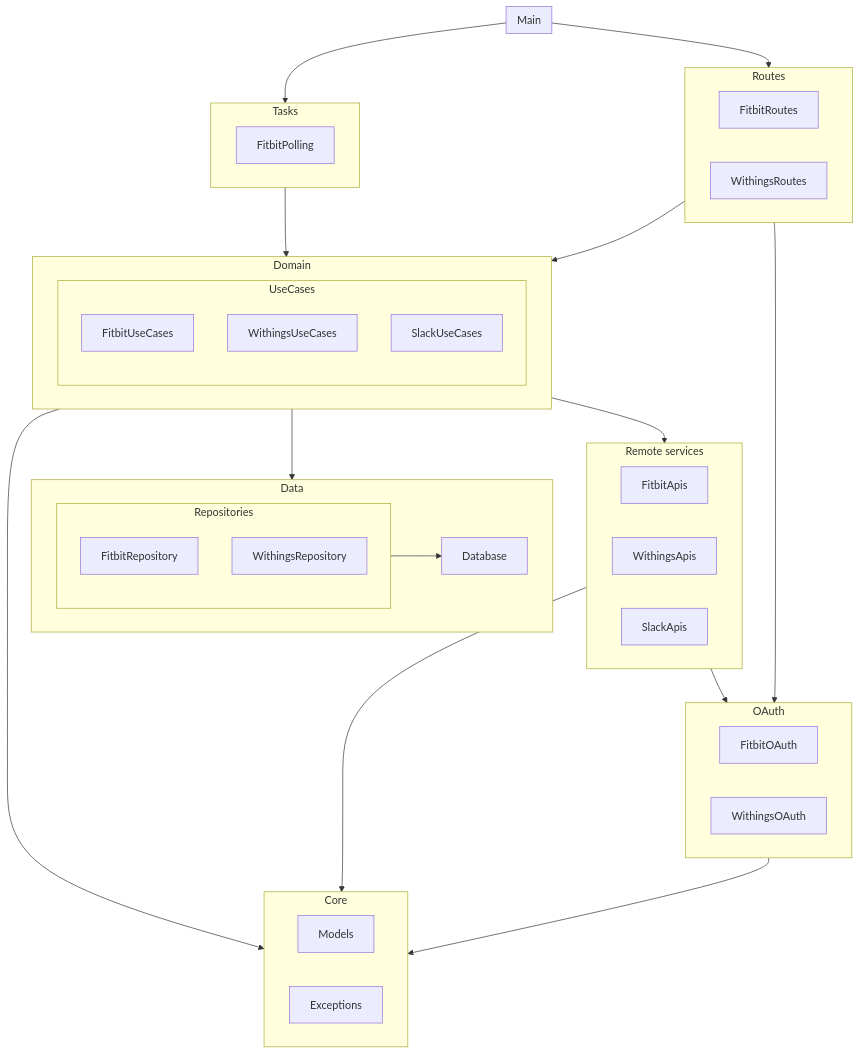
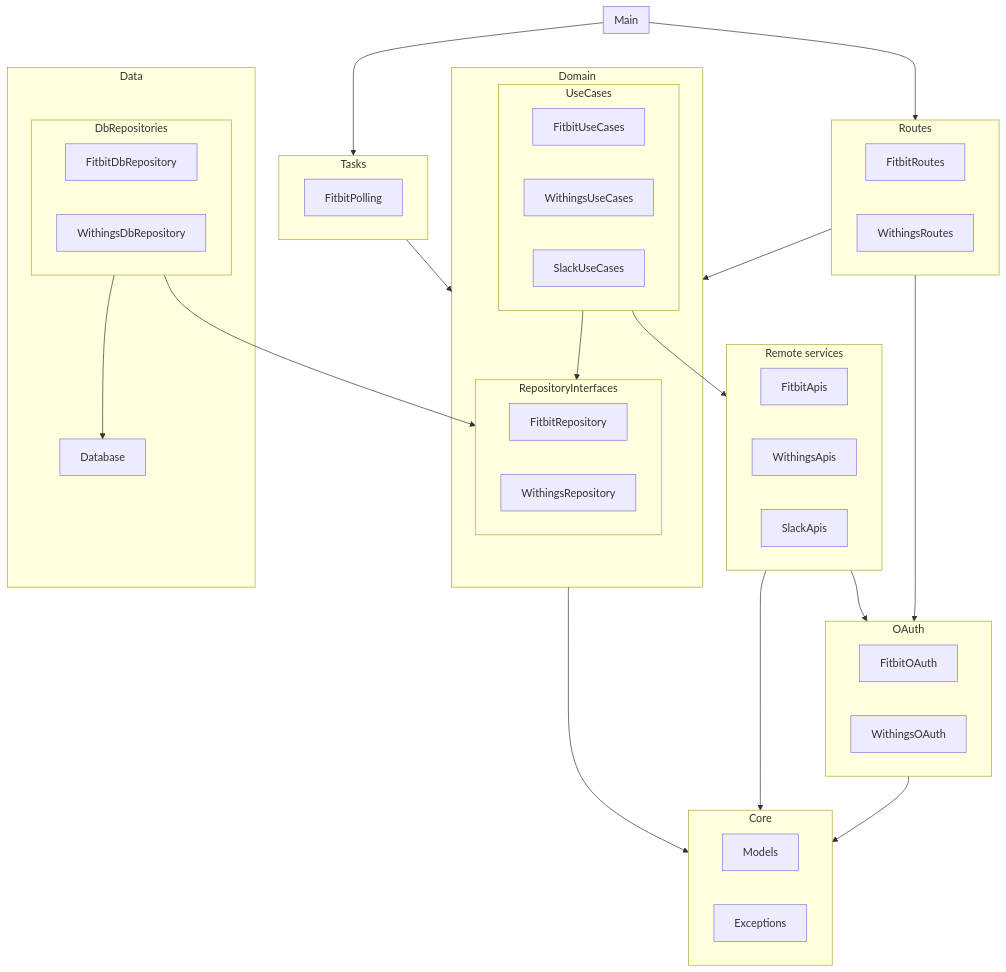
Before and after one commit to caarmen/withings-slack: the second of 2 diagrams in docs/architecture.md, drawn with Mermaid. The commit also changed other lines of this file, not shown here.

Commit message:
Update architecture diagram.

````diff
--- a/docs/architecture.md
+++ b/docs/architecture.md
@@ -30,53 +32,58 @@
 ```mermaid
 graph TD
     subgraph Main
     end
     subgraph Routes
         FitbitRoutes
         WithingsRoutes
     end
     subgraph Tasks
         FitbitPolling
     end
     subgraph Domain
         subgraph UseCases
             FitbitUseCases
             WithingsUseCases
             SlackUseCases
         end
+        subgraph RepositoryInterfaces
+            FitbitRepository
+            WithingsRepository
+        end
     end
     subgraph Data
         Database
-        subgraph Repositories
-            FitbitRepository
-            WithingsRepository
+        subgraph DbRepositories
+            FitbitDbRepository
+            WithingsDbRepository
         end
     end
     subgraph RemoteServices[Remote services]
         FitbitApis
         WithingsApis
         SlackApis
     end
     subgraph Core
         CoreModels[Models]
         Exceptions
     end
     subgraph OAuth
         FitbitOAuth
         WithingsOAuth
     end
 
 
     Main-->Routes
     Main-->Tasks
     Tasks-->Domain
     Routes-->Domain
-    Repositories-->Database
-    Domain-->Data
-    Domain-->RemoteServices
+    DbRepositories-->Database
+    DbRepositories-->RepositoryInterfaces
+    UseCases-->RemoteServices
+    UseCases-->RepositoryInterfaces
     Domain-->Core
     RemoteServices-->Core
     RemoteServices-->OAuth
     Routes-->OAuth
     OAuth-->Core
 ```
````
